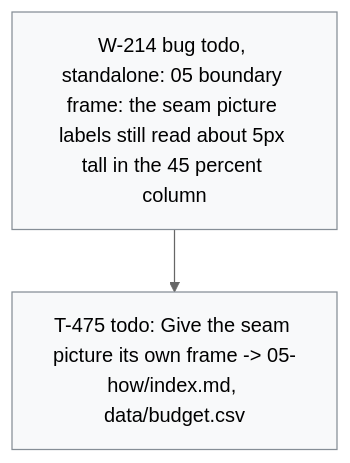
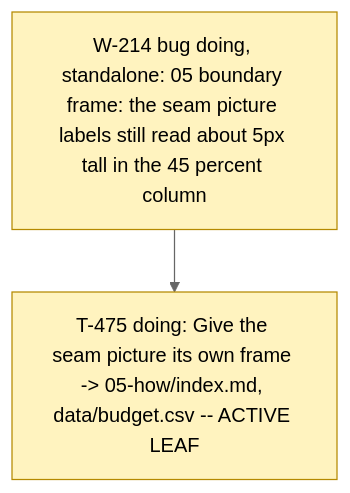
One commit to dpopchev/chaos-to-simple changed the diagram in .board/BOARD.md. Above: the diagram before and after it, drawn with Mermaid (neutral theme). The commit also changed other lines of this file and 2 other files, not shown here.

Commit message:
chore(board): activate W-214, start T-475
Refs: W-214 T-475

````diff
--- a/.board/BOARD.md
+++ b/.board/BOARD.md
@@ -1263,11 +1263,11 @@
 ```mermaid
 flowchart TD
-  W214["W-214 bug todo, standalone: 05 boundary frame: the seam picture labels still read about 5px tall in the 45 percent column"]
-  W214 --> T475["T-475 todo: Give the seam picture its own frame -> 05-how/index.md, data/budget.csv"]
+  W214["W-214 bug doing, standalone: 05 boundary frame: the seam picture labels still read about 5px tall in the 45 percent column"]
+  W214 --> T475["T-475 doing: Give the seam picture its own frame -> 05-how/index.md, data/budget.csv -- ACTIVE LEAF"]
   classDef doing fill:#fff3bf,stroke:#b58900,color:#000;
   classDef blocked fill:#ffe3e3,stroke:#c92a2a,color:#000;
   classDef done fill:#e6ffed,stroke:#2b8a3e,color:#000;
   classDef todo fill:#f8f9fa,stroke:#868e96,color:#000;
   classDef pruned fill:#f1f3f5,stroke:#adb5bd,color:#000;
-  class W214,T475 todo
+  class W214,T475 doing
 ```
````
